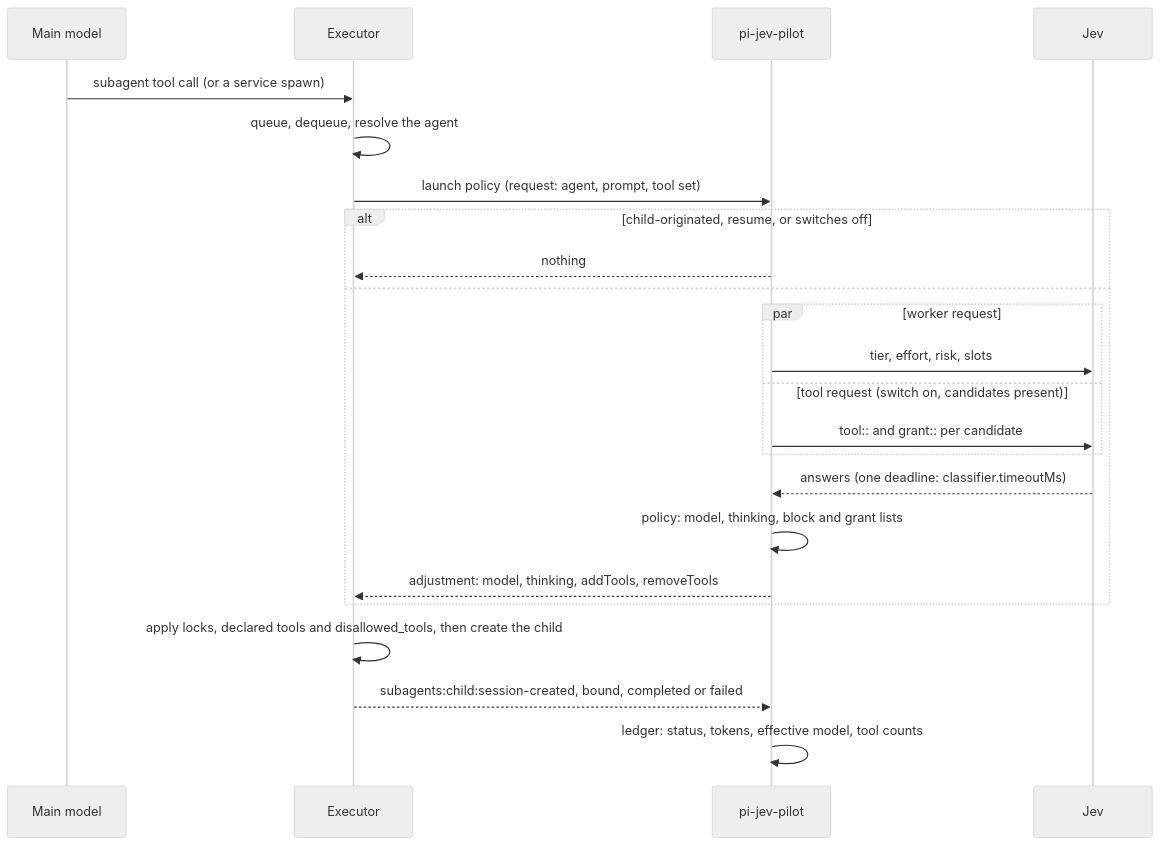
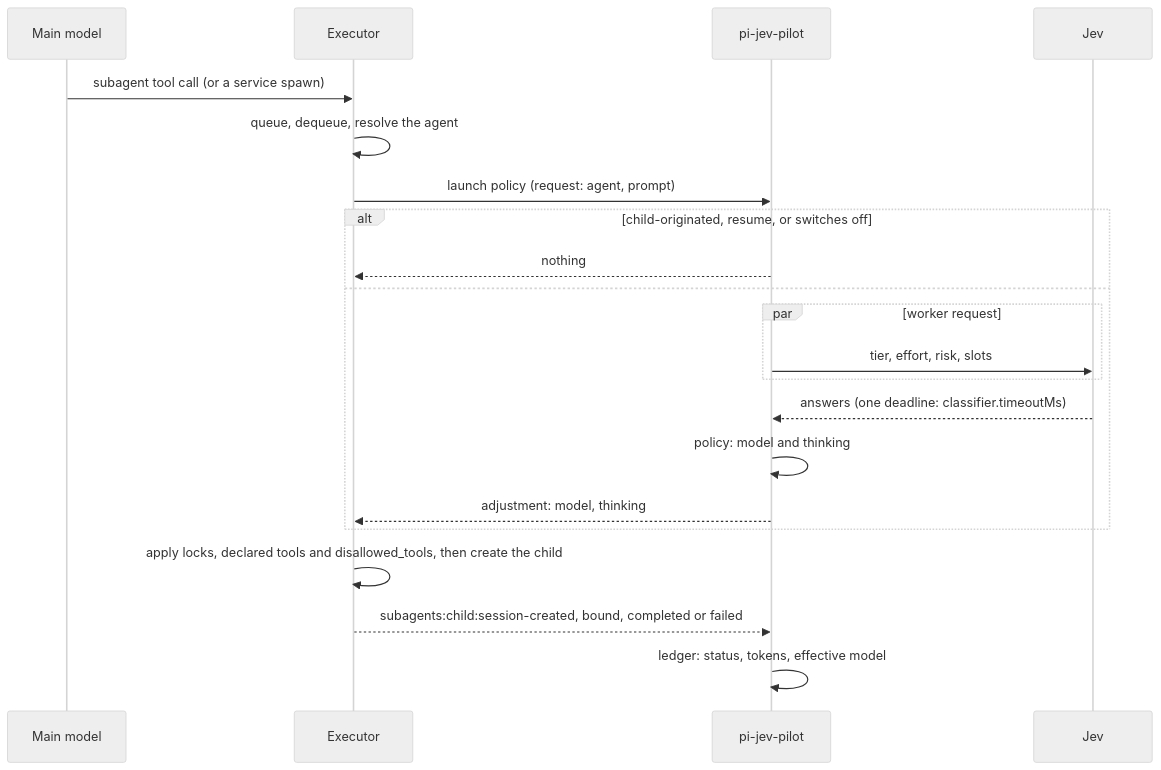
One commit to ttdua/pi-jev-pilot changed the second of 4 diagrams in docs/workflow.md. Above: the diagram before and after it, drawn with Mermaid (neutral theme). The commit also changed other lines of this file and 95 other files, not shown here.

````diff
--- a/docs/workflow.md
+++ b/docs/workflow.md
@@ -57,26 +57,24 @@
 ```mermaid
 sequenceDiagram
     participant M as Main model
     participant E as Executor
     participant X as pi-jev-pilot
     participant J as Jev
 
     M->>E: subagent tool call (or a service spawn)
     E->>E: queue, dequeue, resolve the agent
-    E->>X: launch policy (request: agent, prompt, tool set)
+    E->>X: launch policy (request: agent, prompt)
     alt child-originated, resume, or switches off
         X-->>E: nothing
     else
         par worker request
             X->>J: tier, effort, risk, slots
-        and tool request (switch on, candidates present)
-            X->>J: tool:: and grant:: per candidate
         end
         J-->>X: answers (one deadline: classifier.timeoutMs)
-        X->>X: policy: model, thinking, block and grant lists
-        X-->>E: adjustment: model, thinking, addTools, removeTools
+        X->>X: policy: model and thinking
+        X-->>E: adjustment: model, thinking
     end
     E->>E: apply locks, declared tools and disallowed_tools, then create the child
     E-->>X: subagents:child:session-created, bound, completed or failed
-    X->>X: ledger: status, tokens, effective model, tool counts
+    X->>X: ledger: status, tokens, effective model
 ```
````
